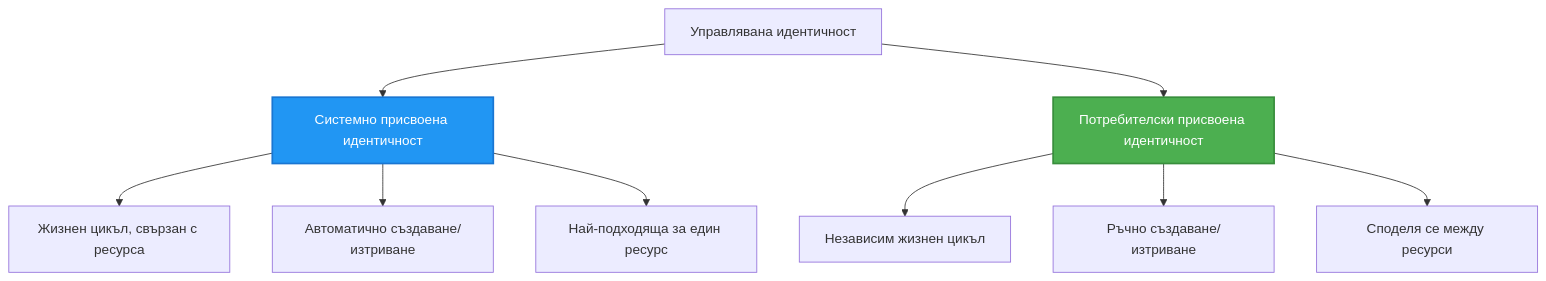
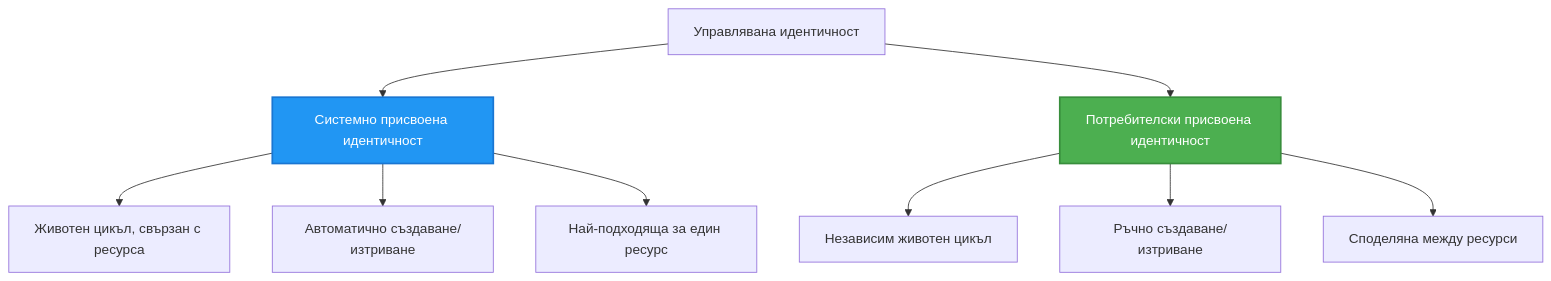
Before and after one commit to microsoft/AZD-for-beginners: the second of 2 diagrams in translations/bg/docs/chapter-03-configuration/authsecurity.md, drawn with Mermaid. The commit also changed other lines of this file and 101 other files, not shown here.

````diff
--- a/translations/bg/docs/chapter-03-configuration/authsecurity.md
+++ b/translations/bg/docs/chapter-03-configuration/authsecurity.md
@@ -97,20 +97,20 @@
 ```mermaid
 graph TB
     MI[Управлявана идентичност]
     SystemAssigned[Системно присвоена идентичност]
     UserAssigned[Потребителски присвоена идентичност]
     
     MI --> SystemAssigned
     MI --> UserAssigned
     
-    SystemAssigned --> SA1[Жизнен цикъл, свързан с ресурса]
+    SystemAssigned --> SA1[Животен цикъл, свързан с ресурса]
     SystemAssigned --> SA2[Автоматично създаване/изтриване]
     SystemAssigned --> SA3[Най-подходяща за един ресурс]
     
-    UserAssigned --> UA1[Независим жизнен цикъл]
+    UserAssigned --> UA1[Независим животен цикъл]
     UserAssigned --> UA2[Ръчно създаване/изтриване]
-    UserAssigned --> UA3[Споделя се между ресурси]
+    UserAssigned --> UA3[Споделяна между ресурси]
     
     style SystemAssigned fill:#2196F3,stroke:#1976D2,stroke-width:2px,color:#fff
     style UserAssigned fill:#4CAF50,stroke:#388E3C,stroke-width:2px,color:#fff
 ```
````
